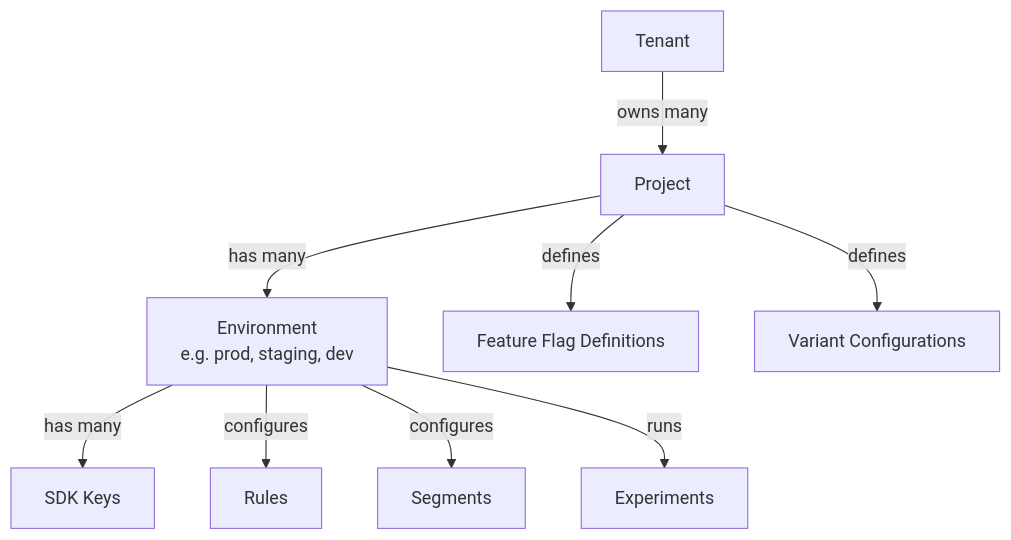
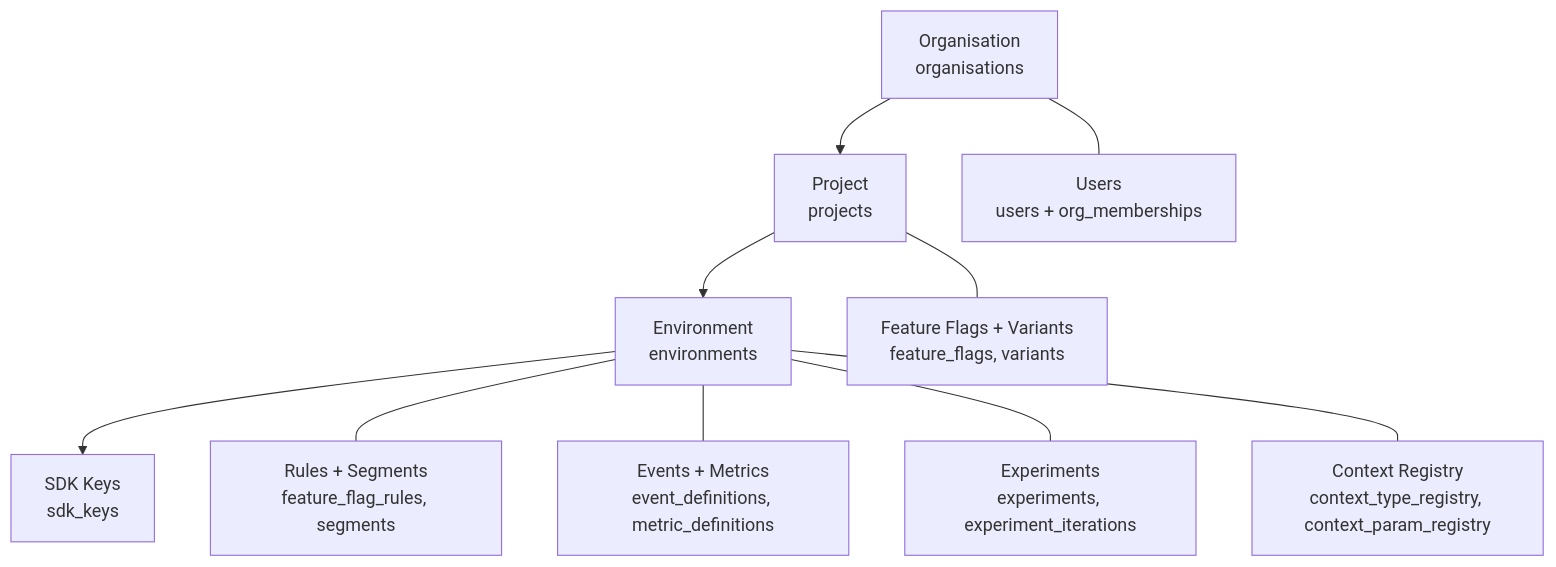
Before and after one commit to stitchd-dev/feature-flag: the diagram in docs/src/architecture/multi-tenancy.md, drawn with Mermaid. The commit also changed other lines of this file and 24 other files, not shown here.

````diff
--- a/docs/src/architecture/multi-tenancy.md
+++ b/docs/src/architecture/multi-tenancy.md
@@ -7,11 +17,14 @@
 ```mermaid
 graph TD
-    T[Tenant] -->|owns many| P[Project]
-    P -->|has many| E[Environment\ne.g. prod, staging, dev]
-    E -->|has many| SDK[SDK Keys]
-    P -->|defines| FF[Feature Flag Definitions]
-    P -->|defines| V[Variant Configurations]
-    E -->|configures| R[Rules]
-    E -->|configures| S[Segments]
-    E -->|runs| EX[Experiments]
+    O[Organisation<br/>organisations]
+    O --> P[Project<br/>projects]
+    P --> E[Environment<br/>environments]
+    E --> K[SDK Keys<br/>sdk_keys]
+
+    O --- U[Users<br/>users + org_memberships]
+    P --- F[Feature Flags + Variants<br/>feature_flags, variants]
+    E --- R[Rules + Segments<br/>feature_flag_rules, segments]
+    E --- EV[Events + Metrics<br/>event_definitions, metric_definitions]
+    E --- X[Experiments<br/>experiments, experiment_iterations]
+    E --- CR[Context Registry<br/>context_type_registry, context_param_registry]
 ```
````
